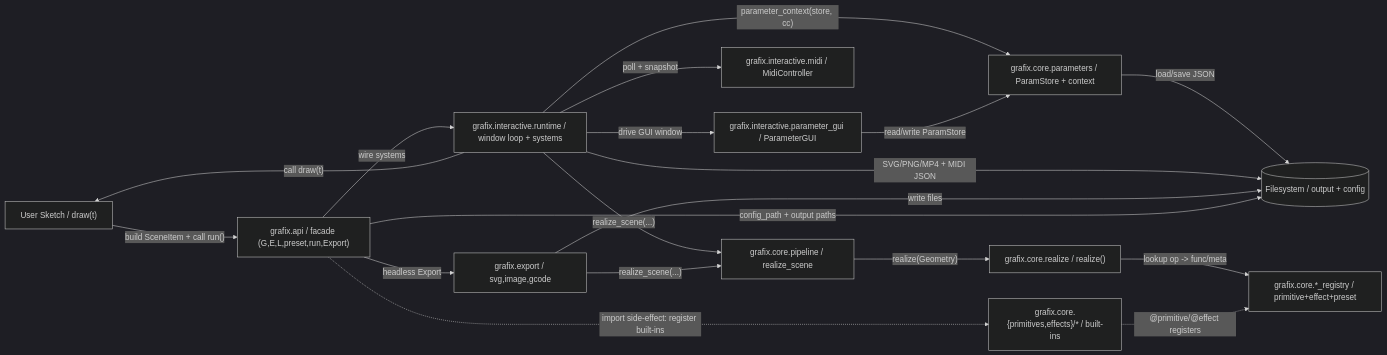
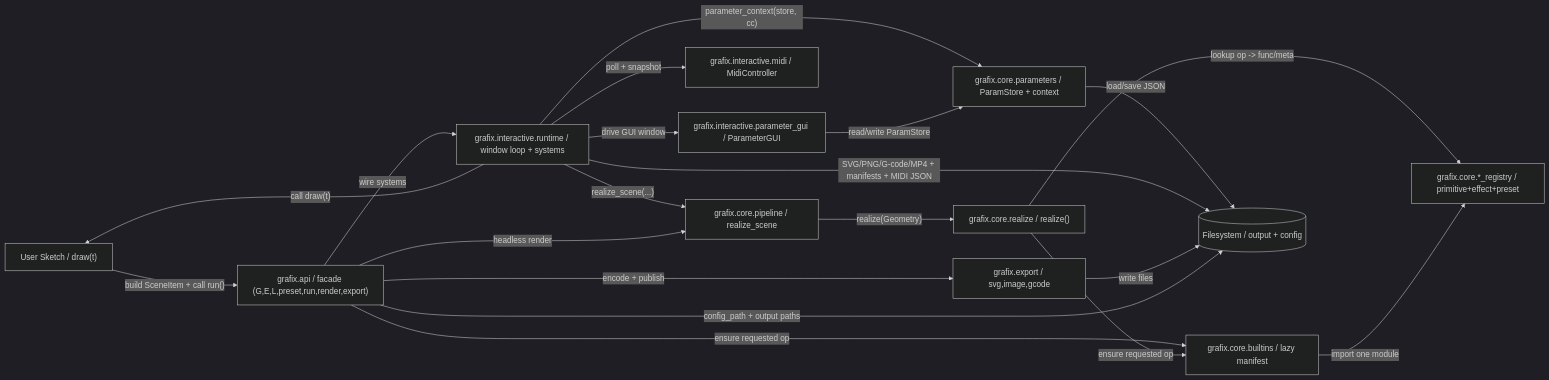
Before and after one commit to tyhts0829/grafix: the first of 4 diagrams in docs/architecture_visualization.md, drawn with Mermaid (dark theme). The commit also changed other lines of this file and 358 other files, not shown here.

````diff
--- a/docs/architecture_visualization.md
+++ b/docs/architecture_visualization.md
@@ -53,40 +54,41 @@
 ```mermaid
 flowchart LR
     user["User Sketch / draw(t)"]
-    api["grafix.api / facade (G,E,L,preset,run,Export)"]
+    api["grafix.api / facade (G,E,L,preset,run,render,export)"]
     ir["grafix.interactive.runtime / window loop + systems"]
     gui["grafix.interactive.parameter_gui / ParameterGUI"]
     midi["grafix.interactive.midi / MidiController"]
     pipe["grafix.core.pipeline / realize_scene"]
     params["grafix.core.parameters / ParamStore + context"]
     realize["grafix.core.realize / realize()"]
     reg["grafix.core.*_registry / primitive+effect+preset"]
-    builtins["grafix.core.{primitives,effects}/* / built-ins"]
+    builtins["grafix.core.builtins / lazy manifest"]
     exp["grafix.export / svg,image,gcode"]
     fs[(Filesystem / output + config)]
 
     user -->|"build SceneItem + call run()"| api
     api -->|"wire systems"| ir
     ir -->|"call draw(t)"| user
 
     ir -->|"parameter_context(store, cc)"| params
     ir -->|"realize_scene(...)"| pipe
     pipe -->|"realize(Geometry)"| realize
     realize -->|"lookup op -> func/meta"| reg
 
-    api -.->|"import side-effect: register built-ins"| builtins
-    builtins -.->|"@primitive/@effect registers"| reg
+    api -->|"ensure requested op"| builtins
+    realize -->|"ensure requested op"| builtins
+    builtins -->|"import one module"| reg
 
     ir -->|"drive GUI window"| gui
     gui -->|"read/write ParamStore"| params
 
     ir -->|"poll + snapshot"| midi
 
-    api -->|"headless Export"| exp
-    exp -->|"realize_scene(...)"| pipe
+    api -->|"headless render"| pipe
+    api -->|"encode + publish"| exp
 
     params -->|"load/save JSON"| fs
-    ir -->|"SVG/PNG/MP4 + MIDI JSON"| fs
+    ir -->|"SVG/PNG/G-code/MP4 + manifests + MIDI JSON"| fs
     exp -->|"write files"| fs
     api -->|"config_path + output paths"| fs
 ```
````
